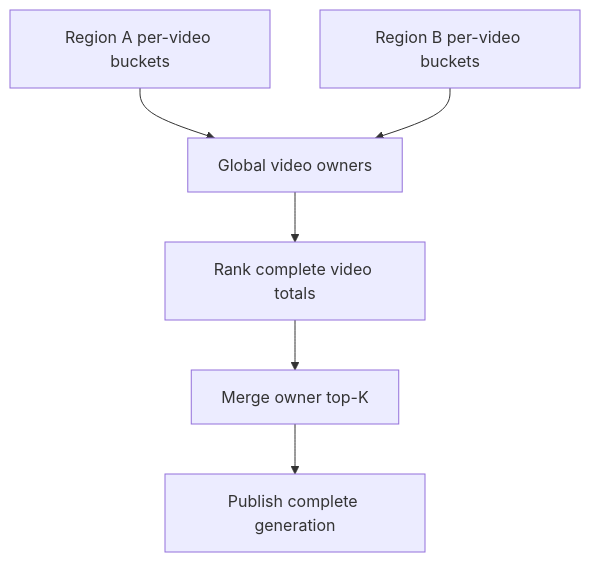
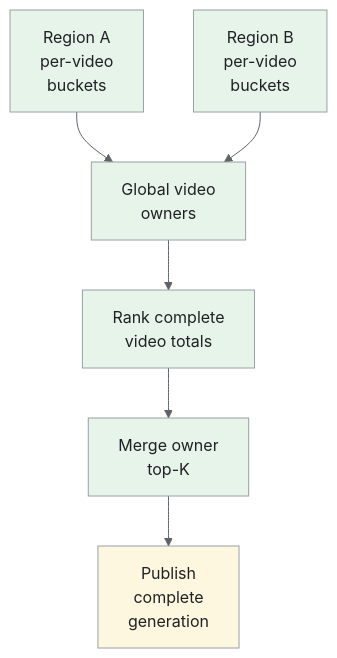
Before and after one commit to iliazlobin/iliazlobin.github.io: the fifth of 5 diagrams in _designs/system-design-youtube.md, drawn with Mermaid. The commit also changed other lines of this file and 131 other files, not shown here.

````diff
--- a/_designs/system-design-youtube.md
+++ b/_designs/system-design-youtube.md
@@ -260,8 +370,15 @@
 ```mermaid
+%%{init: {"theme":"base","themeVariables":{"primaryColor":"#e8f0fe","primaryBorderColor":"#9aa0a6","primaryTextColor":"#202124","secondaryColor":"#e6f4ea","tertiaryColor":"#fef7e0","lineColor":"#5f6368","actorBkg":"#e8f0fe","actorBorder":"#9aa0a6","actorTextColor":"#202124","noteBkgColor":"#fef7e0","noteBorderColor":"#9aa0a6","noteTextColor":"#202124","signalColor":"#5f6368","signalTextColor":"#202124"}}}%%
 flowchart TB
-  A["Region A per-video buckets"] --> O["Global video owners"]
-  B["Region B per-video buckets"] --> O
-  O --> L["Rank complete video totals"]
-  L --> G["Merge owner top-K"]
-  G --> P["Publish complete generation"]
+  A["Region A<br>per-video<br>buckets"] --> O["Global video<br>owners"]
+  B["Region B<br>per-video<br>buckets"] --> O
+  O --> L["Rank complete<br>video totals"]
+  L --> G["Merge owner<br>top-K"]
+  G --> P["Publish<br>complete<br>generation"]
+classDef request fill:#e8f0fe,stroke:#9aa0a6,color:#202124;
+classDef data fill:#e6f4ea,stroke:#9aa0a6,color:#202124;
+classDef control fill:#fef7e0,stroke:#9aa0a6,color:#202124;
+class A,B,O,L,G data;
+class P control;
+
 ```
````
